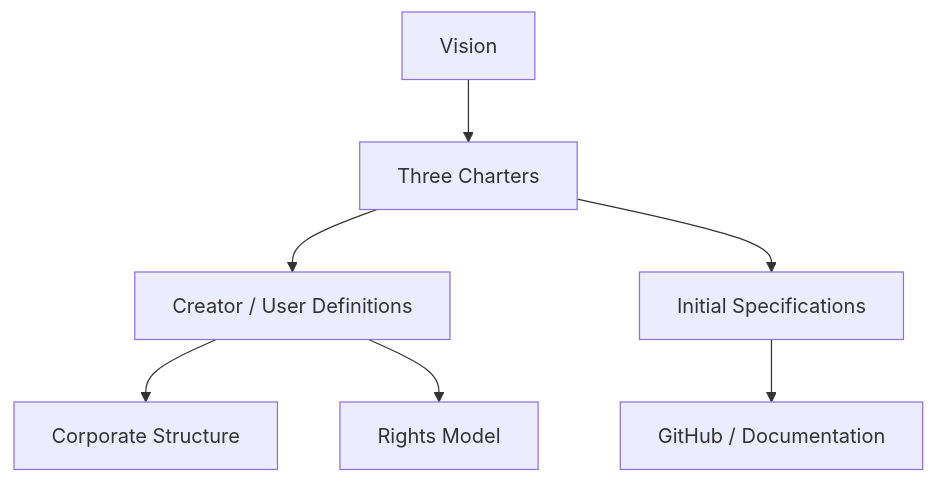
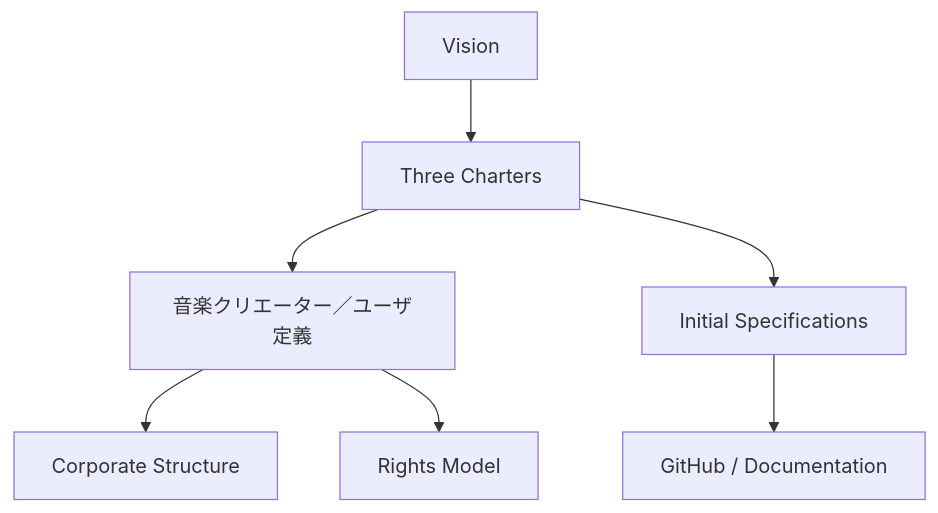
One commit to ShigeichiroYamasaki/creator-first-platform changed the fifth of 47 diagrams in docs/whitepaper/13-roadmap.md. Above: the diagram before and after it, drawn with Mermaid. The commit also changed other lines of this file and 67 other files, not shown here.

````diff
--- a/docs/whitepaper/13-roadmap.md
+++ b/docs/whitepaper/13-roadmap.md
@@ -124,17 +124,17 @@
 ```mermaid
 flowchart TD
     VISION[Vision]
     CHARTER[Three Charters]
-    DEFINITIONS[Creator / User Definitions]
+    DEFINITIONS[音楽クリエーター／ユーザ定義]
     CORP[Corporate Structure]
     RIGHTS[Rights Model]
     SPEC[Initial Specifications]
     REPO[GitHub / Documentation]
 
     VISION --> CHARTER
     CHARTER --> DEFINITIONS
     DEFINITIONS --> CORP
     DEFINITIONS --> RIGHTS
     CHARTER --> SPEC
     SPEC --> REPO
 ```
````
